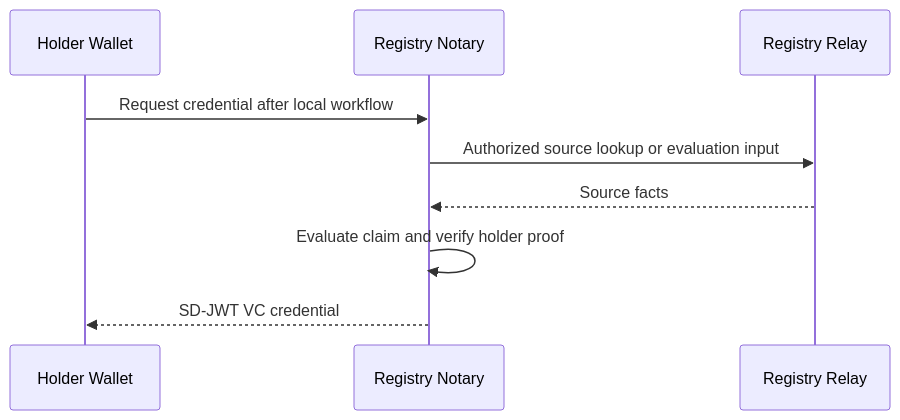
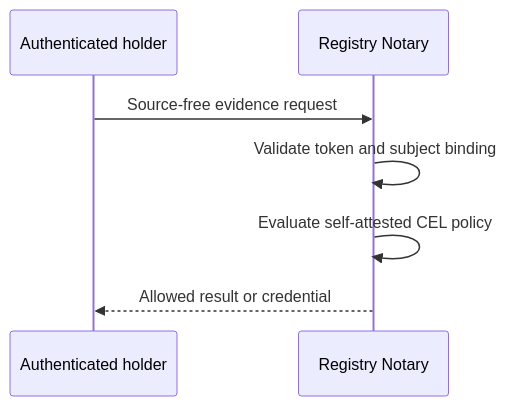
One commit to registrystack/registry-stack changed the second of 3 diagrams in products/notary/docs/notary-scenario-patterns.md. Above: the diagram before and after it, drawn with Mermaid. The commit also changed other lines of this file and 73 other files, not shown here.

Commit message:
refactor(notary): retire direct-source product surfaces

````diff
--- a/products/notary/docs/notary-scenario-patterns.md
+++ b/products/notary/docs/notary-scenario-patterns.md
@@ -82,12 +27,10 @@
 ```mermaid
 sequenceDiagram
-  participant Holder as Holder Wallet
+  participant Holder as Authenticated holder
   participant Notary as Registry Notary
-  participant Relay as Registry Relay
 
-  Holder->>Notary: Request credential after local workflow
-  Notary->>Relay: Authorized source lookup or evaluation input
-  Relay-->>Notary: Source facts
-  Notary->>Notary: Evaluate claim and verify holder proof
-  Notary-->>Holder: SD-JWT VC credential
+  Holder->>Notary: Source-free evidence request
+  Notary->>Notary: Validate token and subject binding
+  Notary->>Notary: Evaluate self-attested CEL policy
+  Notary-->>Holder: Allowed result or credential
 ```
````
